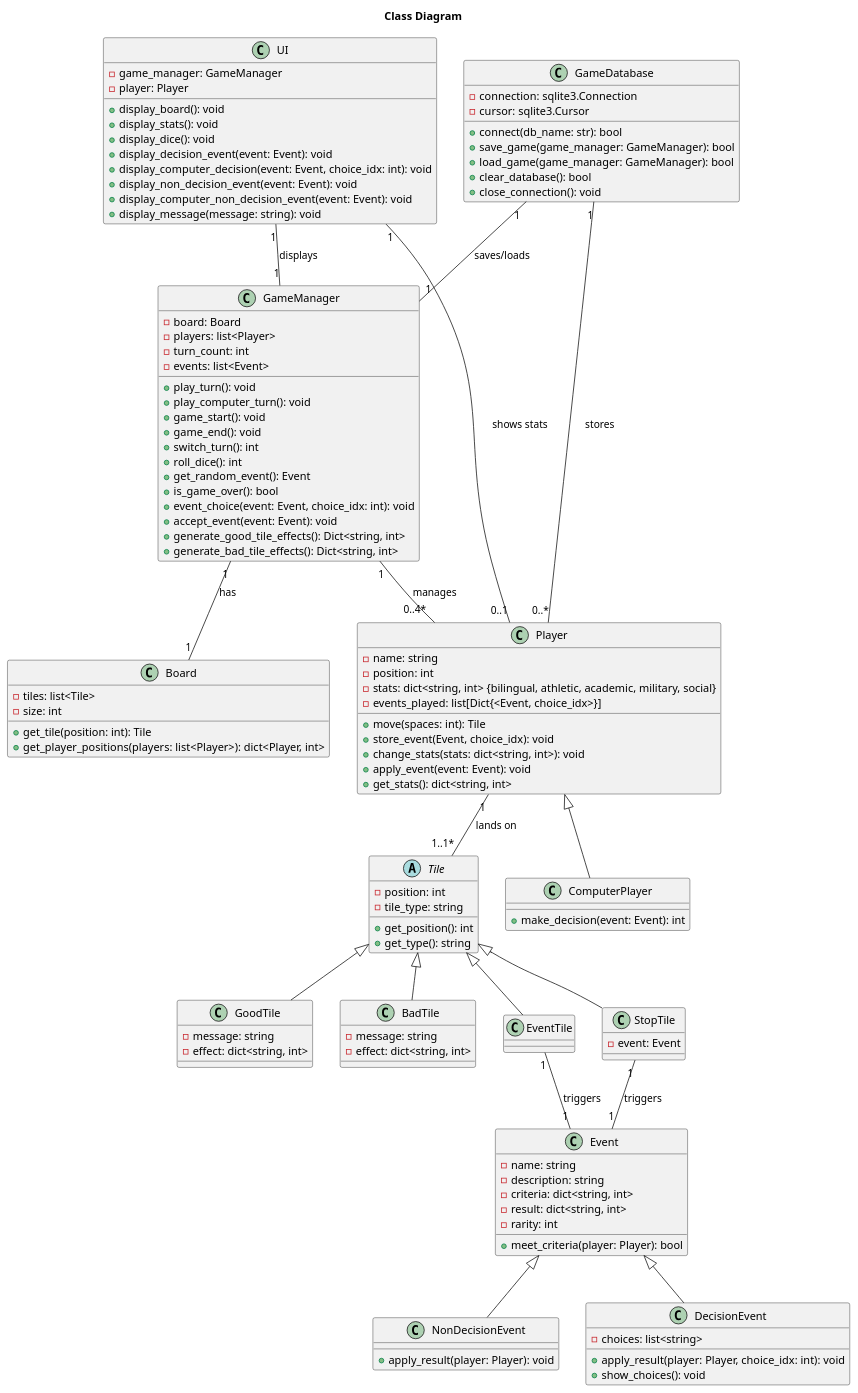
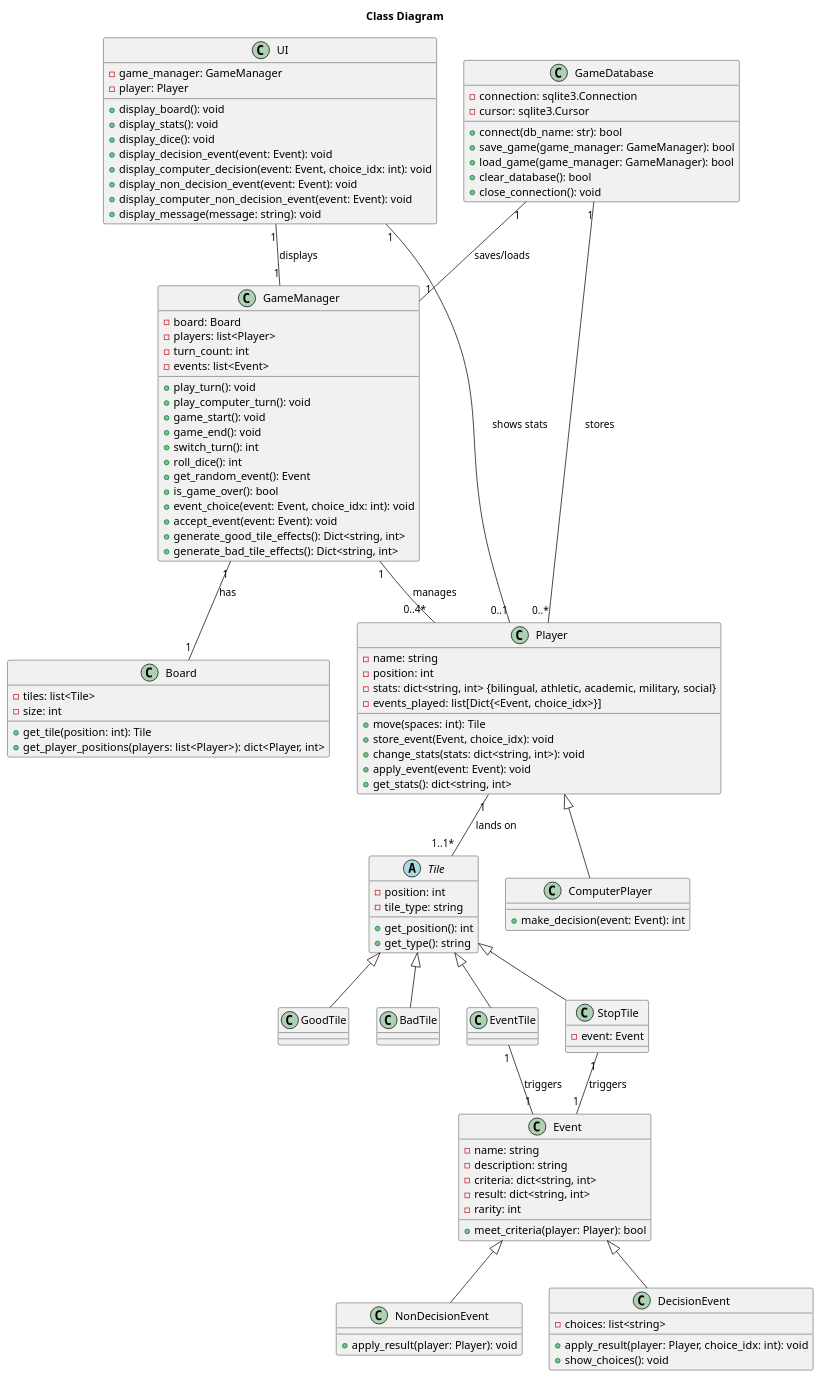
The diagram in diagrams/class_diagram.puml (CSE-362-2025/BoardGameProject), drawn with PlantUML before and after one commit. The commit also changed 1 other file, not shown here.

```diff
--- a/diagrams/class_diagram.puml
+++ b/diagrams/class_diagram.puml
@@ -1,159 +1,152 @@
 @startuml class_diagram
 title "Class Diagram"
 ' skinparam shadowing false
 ' skinparam classAttributeIconSize 0
 
 class GameDatabase {
     
     - connection: sqlite3.Connection
     - cursor: sqlite3.Cursor
 
     + connect(db_name: str): bool
     + save_game(game_manager: GameManager): bool
     + load_game(game_manager: GameManager): bool
     + clear_database(): bool
     + close_connection(): void
 
 }
 
 class Board {
 
     - tiles: list<Tile>
     - size: int
 
     + get_tile(position: int): Tile
     + get_player_positions(players: list<Player>): dict<Player, int>
 }
 
 abstract class Tile {
 
     - position: int
     - tile_type: string
 
     + get_position(): int
     + get_type(): string
 }
 
 class GoodTile {
-    - message: string
-    - effect: dict<string, int>
-
 }
 
 class BadTile {
-    - message: string
-    - effect: dict<string, int>
-
 }
 
 class EventTile {
-
 }
 
 class StopTile {
     - event: Event
 
 }
 
 class Player {
 
     - name: string
     - position: int
     - stats: dict<string, int> {bilingual, athletic, academic, military, social}
     - events_played: list[Dict{<Event, choice_idx>}]
 
     + move(spaces: int): Tile
     + store_event(Event, choice_idx): void
     + change_stats(stats: dict<string, int>): void
     + apply_event(event: Event): void
     + get_stats(): dict<string, int>
 
 }
 
 class ComputerPlayer {
 
     + make_decision(event: Event): int
 }
 
 class Event {
 
     - name: string
     - description: string
     - criteria: dict<string, int>
     - result: dict<string, int>
     - rarity: int
 
     + meet_criteria(player: Player): bool
 }
 
 class NonDecisionEvent {
 
     + apply_result(player: Player): void
 }
 
 class DecisionEvent {
     - choices: list<string>
 
     + apply_result(player: Player, choice_idx: int): void
     + show_choices(): void
 }
 
 
 class GameManager {
 
     - board: Board
     - players: list<Player>
     - turn_count: int
     - events: list<Event>
 
     + play_turn(): void
     + play_computer_turn(): void
     + game_start(): void
     + game_end(): void
     + switch_turn(): int
     + roll_dice(): int
     + get_random_event(): Event
     + is_game_over(): bool
     + event_choice(event: Event, choice_idx: int): void
     + accept_event(event: Event): void
     + generate_good_tile_effects(): Dict<string, int>
     + generate_bad_tile_effects(): Dict<string, int>
 }
 
 class UI {
 
     - game_manager: GameManager
     - player: Player
 
     + display_board(): void
     + display_stats(): void
     + display_dice(): void
     + display_decision_event(event: Event): void
     + display_computer_decision(event: Event, choice_idx: int): void
     + display_non_decision_event(event: Event): void
     + display_computer_non_decision_event(event: Event): void
     + display_message(message: string): void
 }
 
 
 ' Relationships
 
 Player "1" -- "1..1*" Tile : "lands on"
 GameDatabase "1" -- "0..*" Player : "stores"
 GameDatabase "1" -- "1" GameManager : "saves/loads"
 GameManager "1" -- "0..4*" Player : "manages"
 GameManager "1" -- "1" Board : "has"
 UI "1" -- "1" GameManager : "displays"
 UI "1" -- "0..1" Player : "shows stats"
 EventTile "1" -- "1" Event : "triggers"
 StopTile "1" -- "1" Event : "triggers"
 Tile <|-- GoodTile
 Tile <|-- BadTile
 Tile <|-- EventTile
 Tile <|-- StopTile
 Event <|-- NonDecisionEvent
 Event <|-- DecisionEvent
 Player <|-- ComputerPlayer
 
 
 @enduml
```
